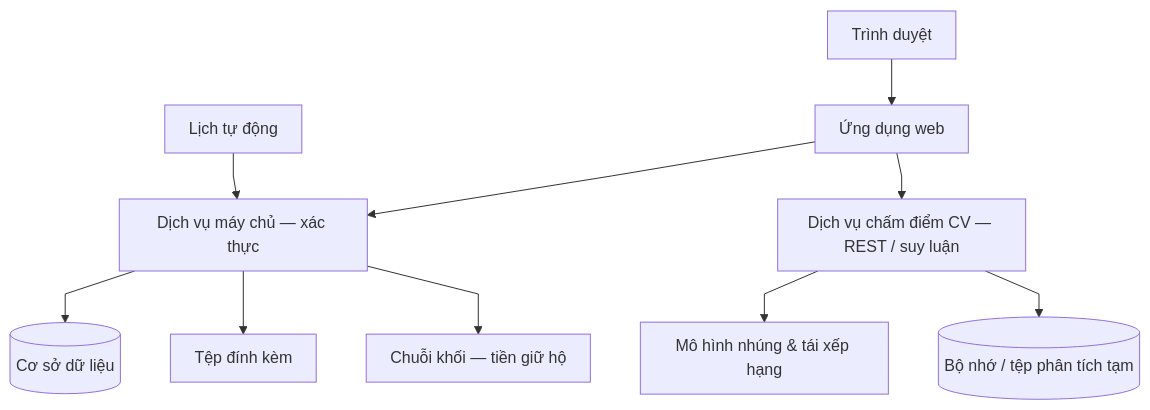
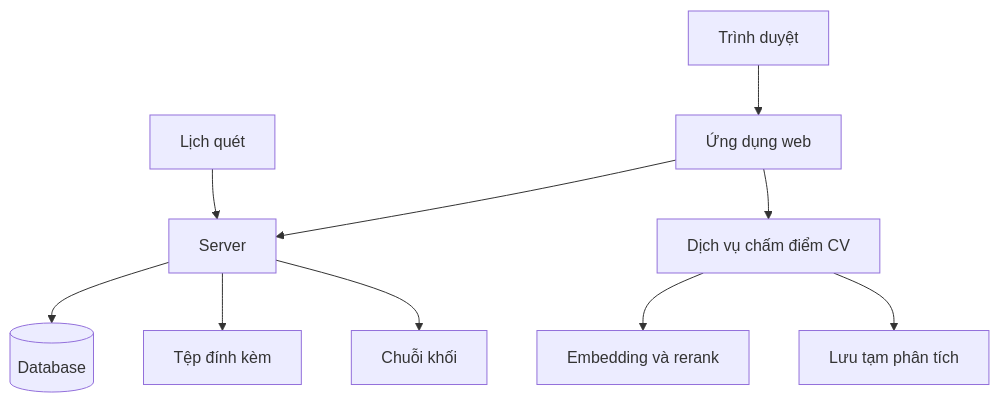
The first of 3 diagrams in architecture.md (dmt041104111003/docs-nckh), drawn with Mermaid before and after one commit. The commit also changed other lines of this file and 8 other files, not shown here.

````diff
--- a/architecture.md
+++ b/architecture.md
@@ -28,13 +9,12 @@
 ```mermaid
-%%{init: {"flowchart": {"curve": "linear", "padding": 12, "rankSpacing": 46}}}%%
 flowchart TB
   TD[Trình duyệt] --> Web[Ứng dụng web]
-  Web --> May[Dịch vụ máy chủ — xác thực]
-  May --> DB[(Cơ sở dữ liệu)]
+  Web --> May[Server]
+  May --> DB[(Database)]
   May --> File[Tệp đính kèm]
-  May --> Chain[Chuỗi khối — tiền giữ hộ]
-  Hen[Lịch tự động] --> May
-  Web --> Cham[Dịch vụ chấm điểm CV — REST / suy luận]
-  Cham --> MoHinh[Mô hình nhúng & tái xếp hạng]
-  Cham --> Tam[(Bộ nhớ / tệp phân tích tạm)]
+  May --> Chain[Chuỗi khối]
+  Hen[Lịch quét] --> May
+  Web --> Cham[Dịch vụ chấm điểm CV]
+  Cham --> MoHinh[Embedding và rerank]
+  Cham --> Tam[Lưu tạm phân tích]
 ```
````
